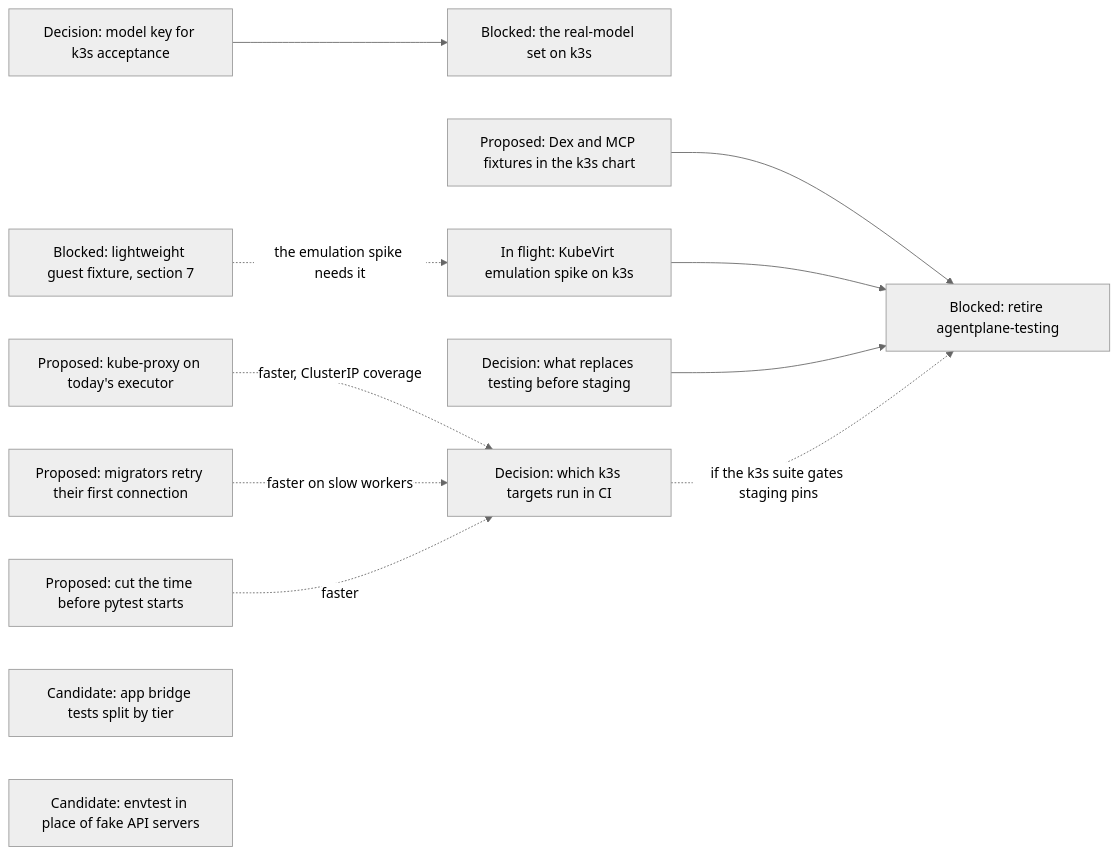
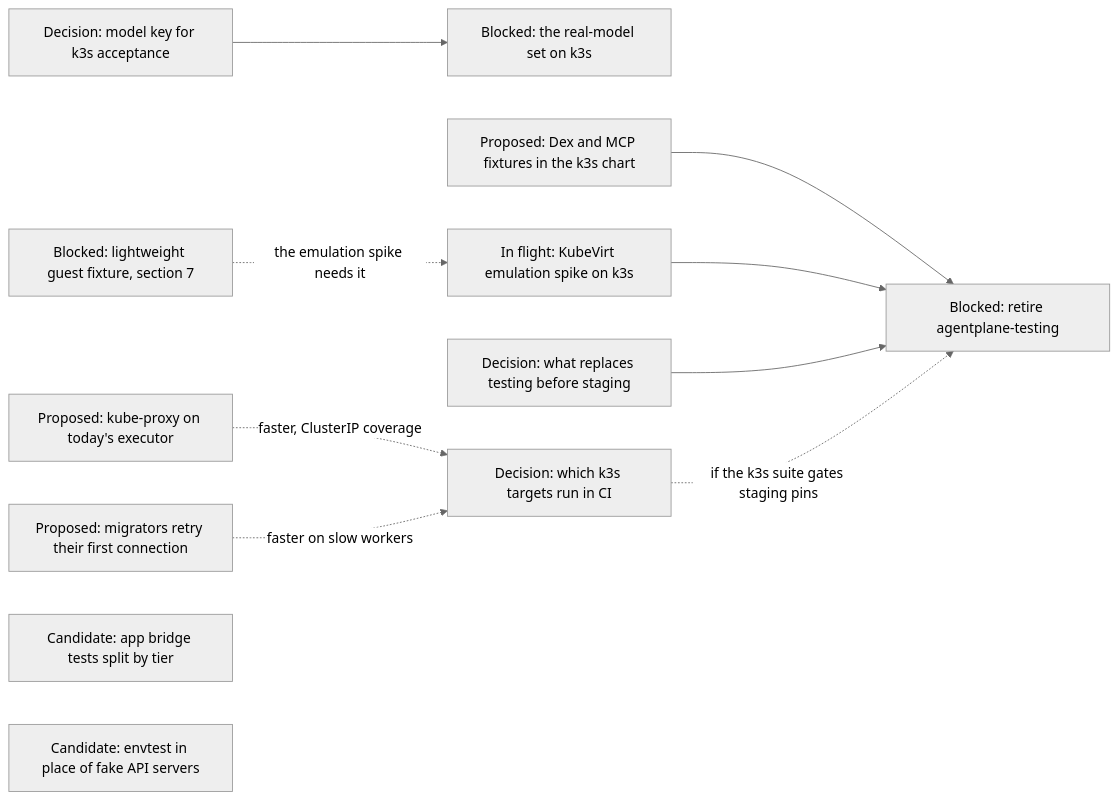
Diagram 17 of 17 in agentplane/plans/task_dag.md (agentydragon-agent/ducktape), drawn with Mermaid (neutral theme) before and after one commit. The commit also changed other lines of this file and 11 other files, not shown here.

````diff
--- a/agentplane/plans/task_dag.md
+++ b/agentplane/plans/task_dag.md
@@ -1959,25 +1959,23 @@
 ```mermaid
 flowchart LR
     K3S_MODEL_CREDENTIALS[Decision: model key for k3s acceptance]
     K3S_MODEL_SCENARIOS[Blocked: the real-model set on k3s]
     K3S_FIXTURE_IDENTITY[Proposed: Dex and MCP fixtures in the k3s chart]
     K3S_VM_ACCEPTANCE[In flight: KubeVirt emulation spike on k3s]
     K3S_VM_IMAGE[Blocked: lightweight guest fixture, section 7]
     TESTING_ROLLOUT_ROLE[Decision: what replaces testing before staging]
     TESTING_ENVIRONMENT_RETIRE[Blocked: retire agentplane-testing]
     K3S_KUBE_PROXY_RETEST[Proposed: kube-proxy on today's executor]
     K3S_MIGRATOR_CONNECT_RETRY[Proposed: migrators retry their first connection]
-    K3S_TEST_STARTUP[Proposed: cut the time before pytest starts]
     K3S_CI_TIER[Decision: which k3s targets run in CI]
     APP_BRIDGE_TEST_SPLIT[Candidate: app bridge tests split by tier]
     FAKE_APISERVERS_TO_ENVTEST[Candidate: envtest in place of fake API servers]
     K3S_MODEL_CREDENTIALS --> K3S_MODEL_SCENARIOS
     K3S_VM_IMAGE -. the emulation spike needs it .-> K3S_VM_ACCEPTANCE
     K3S_FIXTURE_IDENTITY --> TESTING_ENVIRONMENT_RETIRE
     K3S_VM_ACCEPTANCE --> TESTING_ENVIRONMENT_RETIRE
     TESTING_ROLLOUT_ROLE --> TESTING_ENVIRONMENT_RETIRE
     K3S_CI_TIER -. if the k3s suite gates staging pins .-> TESTING_ENVIRONMENT_RETIRE
     K3S_KUBE_PROXY_RETEST -. faster, ClusterIP coverage .-> K3S_CI_TIER
     K3S_MIGRATOR_CONNECT_RETRY -. faster on slow workers .-> K3S_CI_TIER
-    K3S_TEST_STARTUP -. faster .-> K3S_CI_TIER
 ```
````
